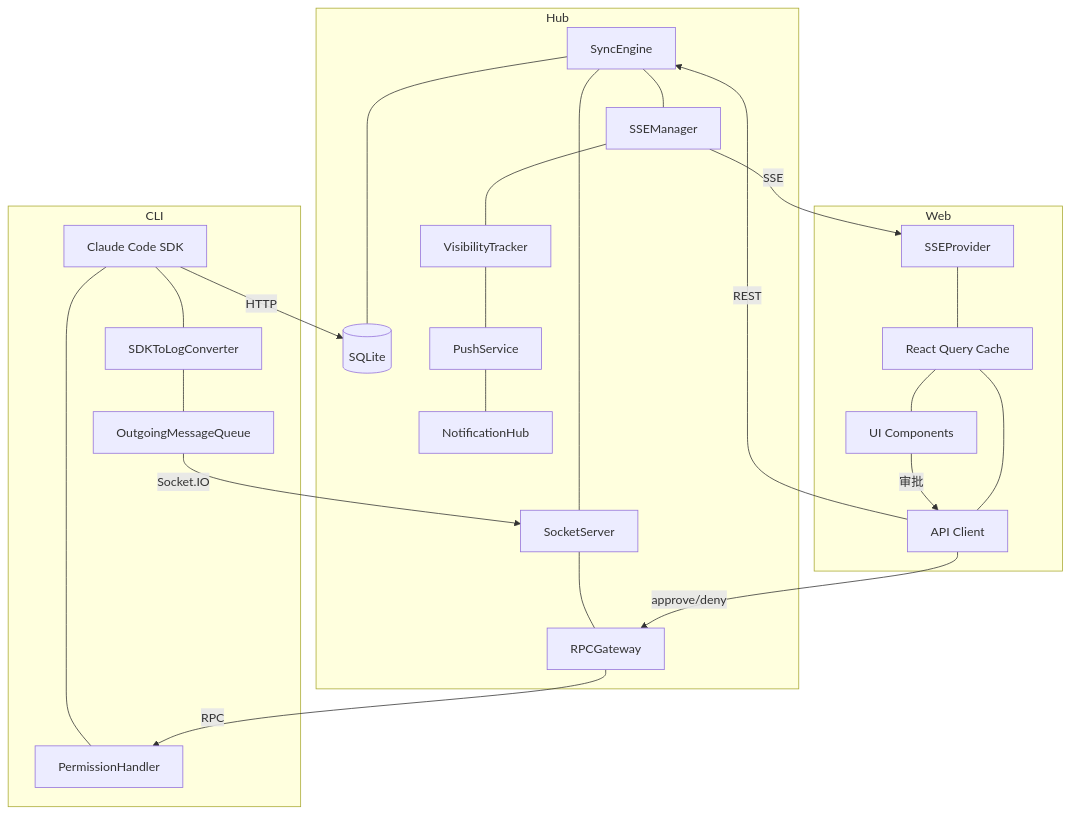
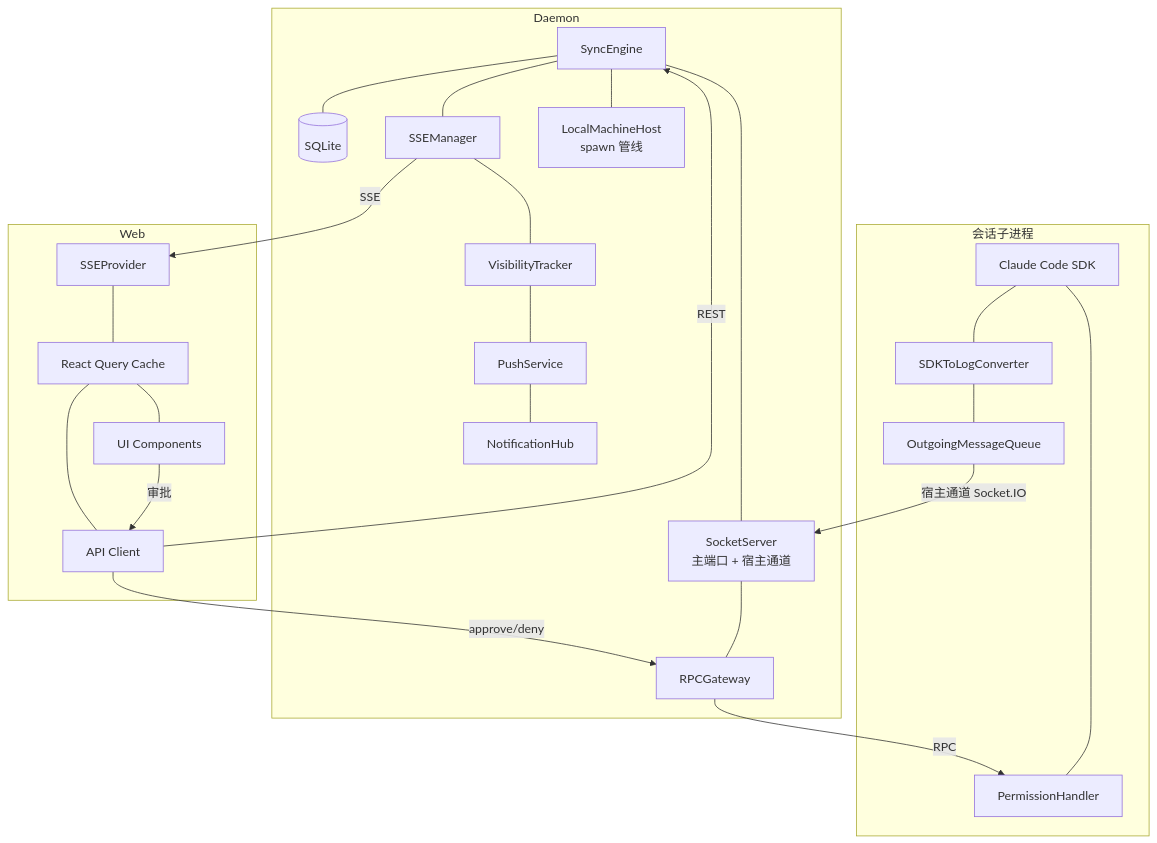
One commit to ModuBit/mobi changed the second of 2 diagrams in docs/architecture/README.md. Above: the diagram before and after it, drawn with Mermaid. The commit also changed other lines of this file and 59 other files, not shown here.

````diff
--- a/docs/architecture/README.md
+++ b/docs/architecture/README.md
@@ -51,30 +60,30 @@
 ```mermaid
 graph TB
-    subgraph Hub
+    subgraph Daemon
         SE[SyncEngine] --- Store[(SQLite)]
         SE --- SSEMgr[SSEManager]
-        SE --- Socket[SocketServer]
+        SE --- Socket[SocketServer<br/>主端口 + 宿主通道]
         Socket --- RPC[RPCGateway]
+        SE --- Host[LocalMachineHost<br/>spawn 管线]
         SSEMgr --- Visibility[VisibilityTracker]
         Visibility --- Push[PushService]
         Push --- Notification[NotificationHub]
     end
 
-    subgraph CLI
+    subgraph 会话子进程
         Claude[Claude Code SDK] --- Converter[SDKToLogConverter]
         Converter --- OutQueue[OutgoingMessageQueue]
         Claude --- PermHandler[PermissionHandler]
     end
 
     subgraph Web
         SSEProv[SSEProvider] --- RQC[React Query Cache]
         RQC --- UI[UI Components]
         API[API Client] --- RQC
     end
 
-    OutQueue -->|"Socket.IO"| Socket
-    Claude -->|"HTTP"| Store
+    OutQueue -->|"宿主通道 Socket.IO"| Socket
     SSEMgr -->|"SSE"| SSEProv
     API -->|"REST"| SE
     UI -->|"审批"| API -->|"approve/deny"| RPC -->|"RPC"| PermHandler
 ```
````
